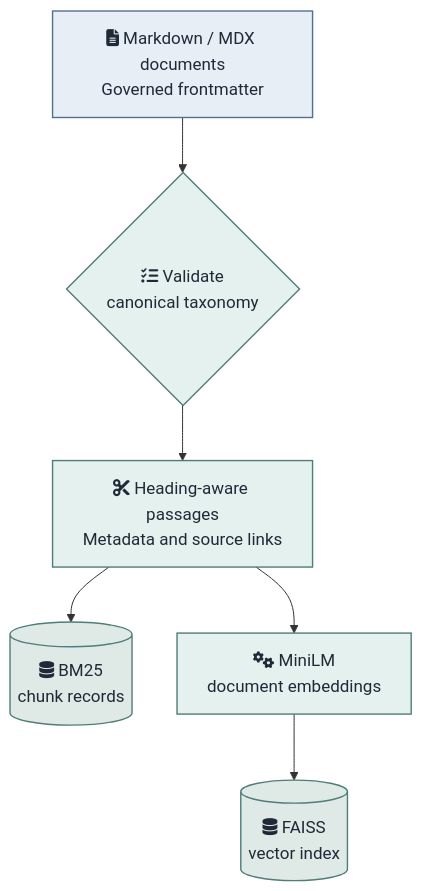
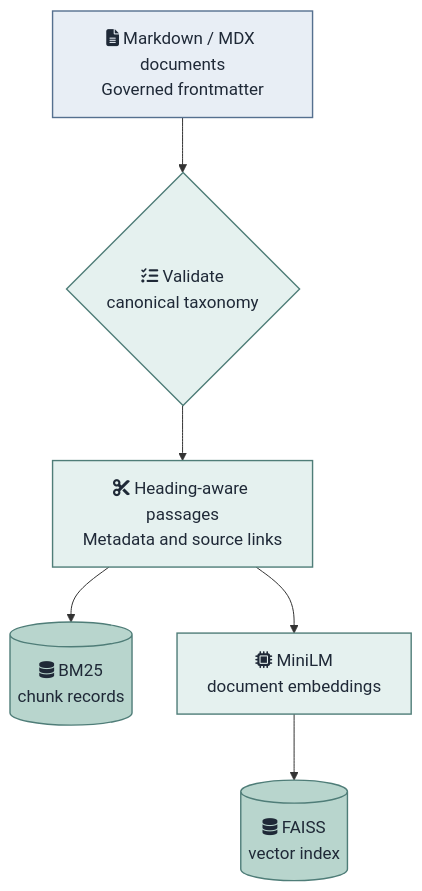
Before and after one commit to iand4096/docusaurusportfolio: the first of 3 diagrams in docs/case-studies/RagSearchCloudArchitecture.md, drawn with Mermaid. The commit also changed other lines of this file and 3 other files, not shown here.

Commit message:
Refine RAG diagrams with consistent colours, legends and spacing

````diff
--- a/docs/case-studies/RagSearchCloudArchitecture.md
+++ b/docs/case-studies/RagSearchCloudArchitecture.md
@@ -144,28 +146,24 @@
 ```mermaid
 %%{init: {
   "flowchart": {"useMaxWidth": true, "nodeSpacing": 45, "rankSpacing": 55},
   "themeVariables": {"fontSize": "17px"}
 }}%%
 flowchart TB
 Docs["fa:fa-file-lines Markdown / MDX documents<br/>Governed frontmatter"]
 Validate{"fa:fa-list-check Validate<br/>canonical taxonomy"}
 Chunk["fa:fa-scissors Heading-aware passages<br/>Metadata and source links"]
 Records[("fa:fa-database BM25<br/>chunk records")]
-Embed["fa:fa-gears MiniLM<br/>document embeddings"]
+Embed["fa:fa-microchip MiniLM<br/>document embeddings"]
 Vector[("fa:fa-database FAISS<br/>vector index")]
 Docs --> Validate --> Chunk
 Chunk --> Records
 Chunk --> Embed --> Vector
 
-    classDef source fill:#E8EEF5,stroke:#55708F,color:#1F2937,stroke-width:1.4px;
+    classDef input fill:#E8EEF5,stroke:#55708F,color:#1F2937,stroke-width:1.4px;
     classDef process fill:#E5F1EF,stroke:#4F7D78,color:#1F2937,stroke-width:1.4px;
-    classDef storage fill:#DFEAE7,stroke:#4F7D78,color:#1F2937,stroke-width:1.4px;
-    classDef query fill:#F4EEDF,stroke:#9A7B45,color:#1F2937,stroke-width:1.4px;
-    classDef decision fill:#FFF5D8,stroke:#9A7B45,color:#1F2937,stroke-width:1.7px;
-    classDef output fill:#ECE8F2,stroke:#76658B,color:#1F2937,stroke-width:1.4px;
-    classDef answer fill:#D8D0E3,stroke:#5E4B75,color:#1F2937,stroke-width:1.7px;
+    classDef storage fill:#B8D5CD,stroke:#4F7D78,color:#1F2937,stroke-width:1.4px;
 
-    class Docs source;
+    class Docs input;
     class Validate,Chunk,Embed process;
     class Records,Vector storage;
 ```
````
